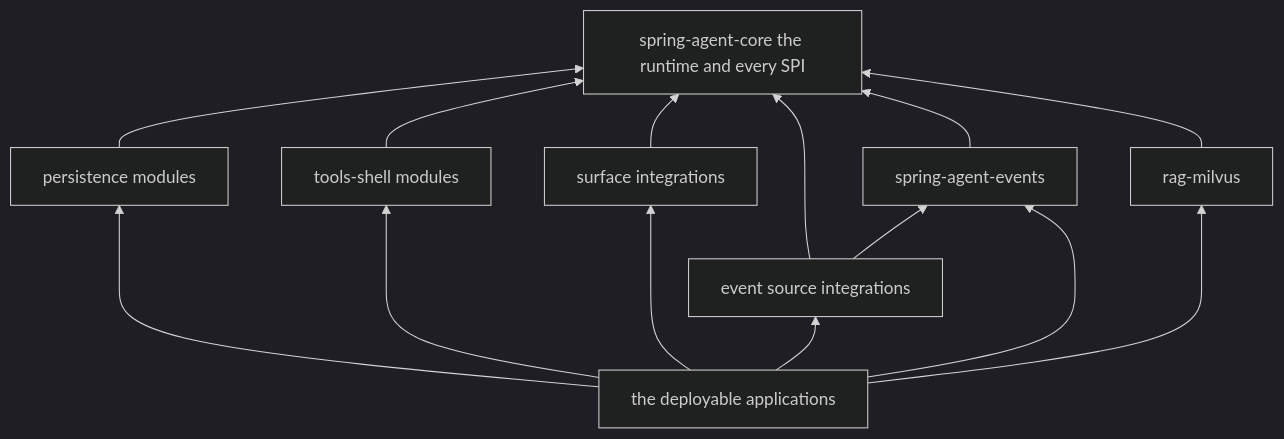
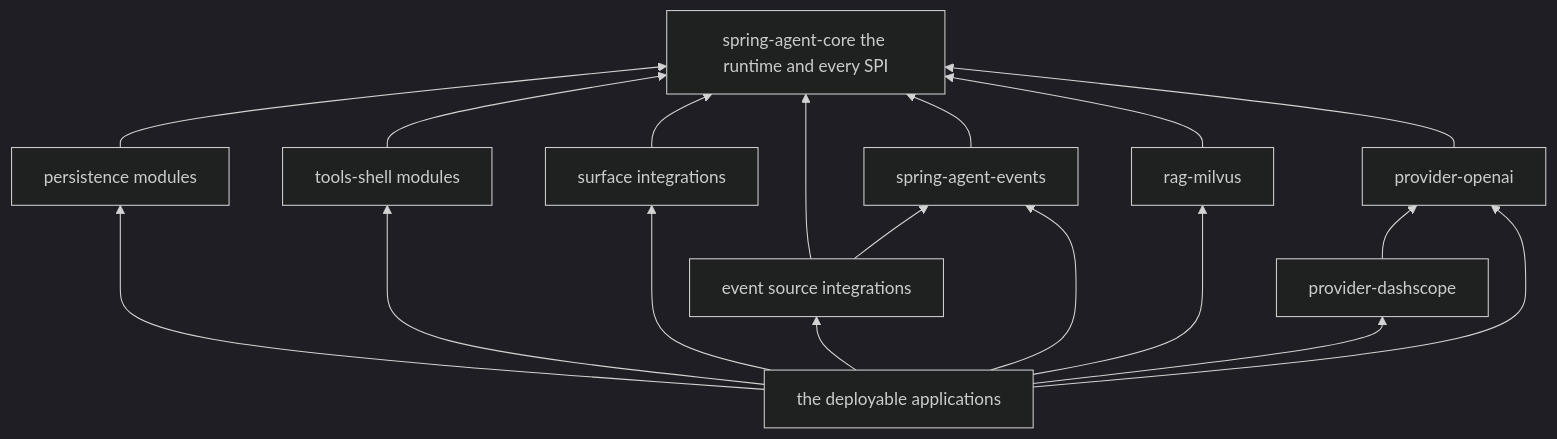
One commit to kezhenxu94/spring-agent changed the seventh of 7 diagrams in docs/architecture.md. Above: the diagram before and after it, drawn with Mermaid (dark theme). The commit also changed other lines of this file and 121 other files, not shown here.

````diff
--- a/docs/architecture.md
+++ b/docs/architecture.md
@@ -287,25 +287,31 @@
 ```mermaid
 flowchart BT
     core[spring-agent-core the runtime and every SPI]
     pers[persistence modules]
     shell[tools-shell modules]
     surf[surface integrations]
     src[event source integrations]
     events[spring-agent-events]
     rag[rag-milvus]
+    prov[provider-openai]
+    dash[provider-dashscope]
     apps[the deployable applications]
 
     pers --> core
     shell --> core
     surf --> core
     src --> events
     src --> core
     events --> core
     rag --> core
+    prov --> core
+    dash --> prov
     apps --> pers
     apps --> shell
     apps --> surf
     apps --> src
     apps --> events
     apps --> rag
+    apps --> prov
+    apps --> dash
 ```
````
